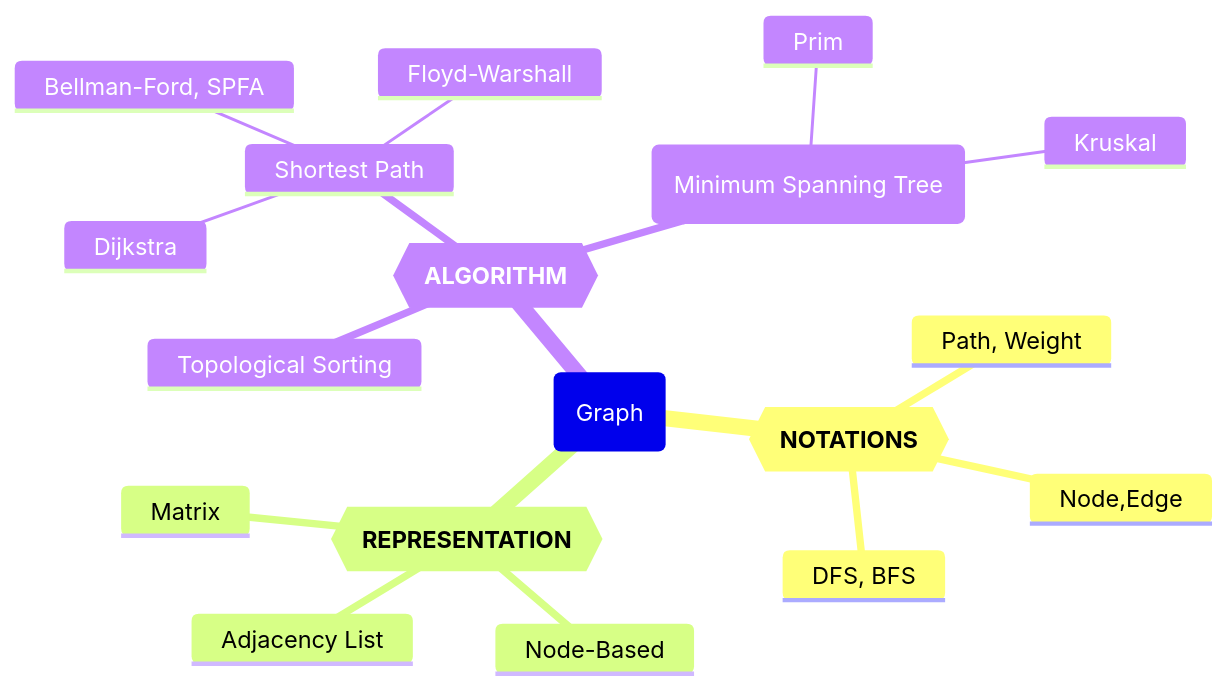
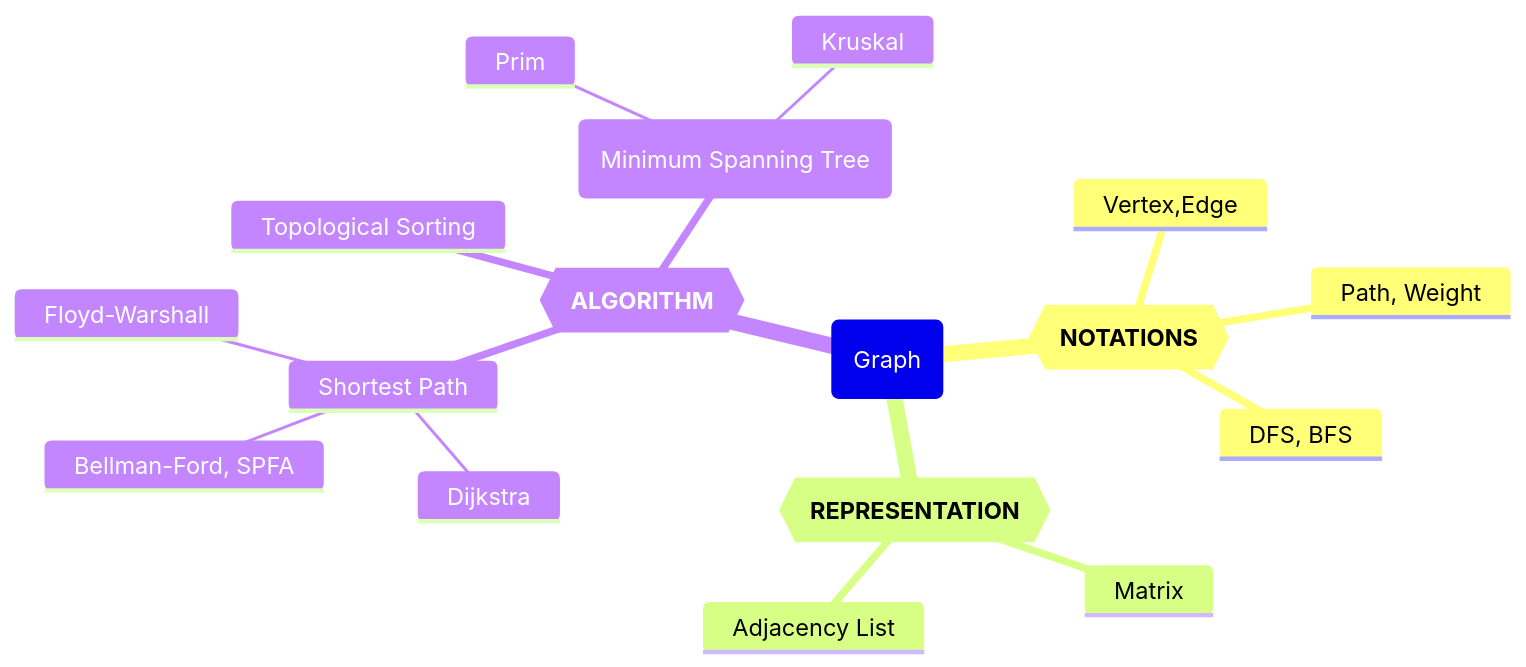
The diagram in graph_questions.md (GMyhf/2024spring-cs201), drawn with Mermaid before and after one commit. The commit also changed other lines of this file, not shown here.

````diff
--- a/graph_questions.md
+++ b/graph_questions.md
@@ -25,25 +25,24 @@
 ```mermaid
 mindmap
   Graph(Graph)
     Notations{{**NOTATIONS**}}
-    	Node,Edge
+    	Vertex,Edge
     	Path, Weight
     	DFS, BFS
       
     Representation{{**REPRESENTATION**}}
-      Node-Based
       Matrix
       Adjacency List
       
     Algorithm{{**ALGORITHM**}}
     	Shortest Path
     		Dijkstra
     		Bellman-Ford, SPFA
     		Floyd-Warshall 
     	Topological Sorting
     	MST(Minimum Spanning Tree)
     		Prim
     		Kruskal
       
 
 ```
````
